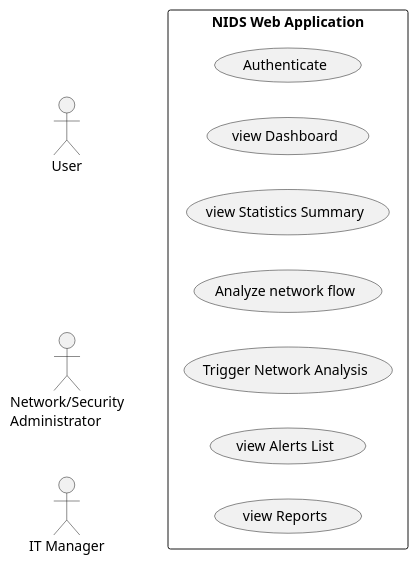
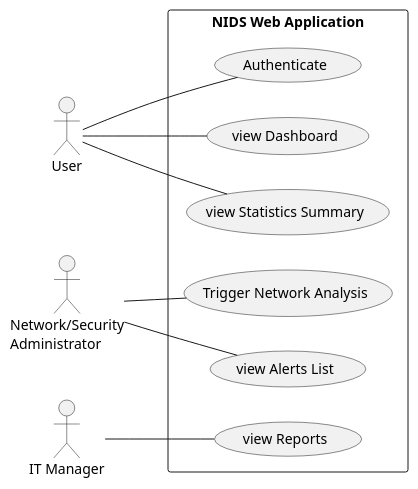
One commit to Amira-BOUAFIF/pfe-nids-report changed the diagram in diagrams/code/global-use-case.puml. Above: the diagram before and after it, drawn with PlantUML. The commit also changed 2 other files, not shown here.

```diff
--- a/diagrams/code/global-use-case.puml
+++ b/diagrams/code/global-use-case.puml
@@ -2,41 +2,40 @@
-@startuml NIDS_UseCaseDiagram
+@startuml global-usecase
 
 left to right direction
 skinparam packageStyle rectangle
 
 
 ' ─── Left Actors ──────────────────────────────────────
 actor "User" as user
 actor "Network/Security\nAdministrator" as Admin
 actor "IT Manager"                       as ITMgr
 
 ' ─── System Boundary ──────────────────────────────────
 rectangle "NIDS Web Application" {
     
     usecase "Authenticate" as UC03
     usecase "view Dashboard" as UC04
     usecase "view Statistics Summary" as UC05
-    usecase "Analyze network flow"  as UC01
     usecase "Trigger Network Analysis" as UC02
     usecase "view Alerts List" as UC06
     usecase "view Reports" as UC07
     
 }
 
 ' ─── Right Actor ──────────────────────────────────────
 
-user -[hidden]- UC03
-user -[hidden]- UC04
-user -[hidden]- UC05
+user -- UC03
+user -- UC04
+user -- UC05
 
 ' ─── Admin associations ───────────────────────────────
-Admin -[hidden]- UC02
-Admin -[hidden]- UC06
+Admin -- UC02
+Admin -- UC06
 
 
 ' ─── IT Manager associations ──────────────────────────
-ITMgr -[hidden]- UC07
+ITMgr -- UC07
 
 ' ─── Detection Engine associations ───────────────────
 
 @enduml
```
